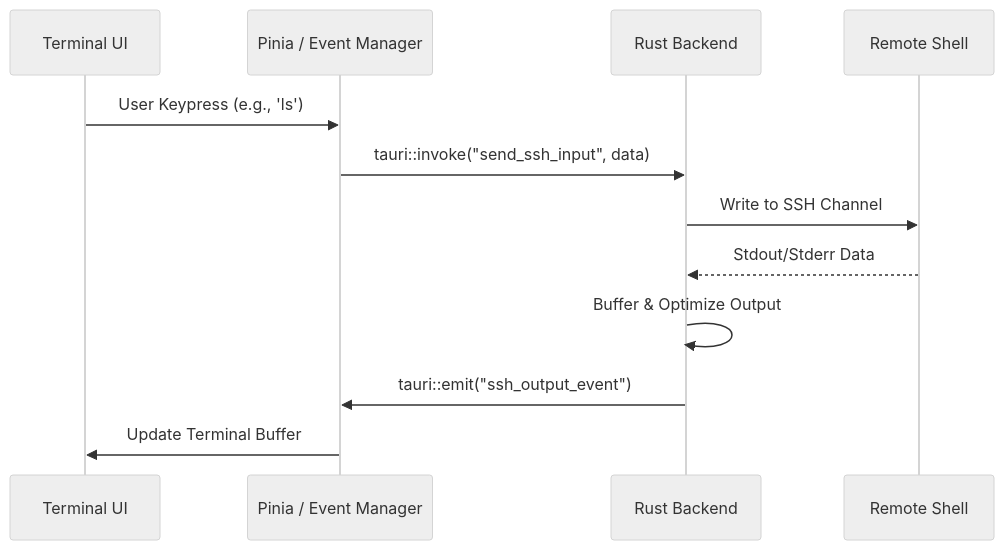
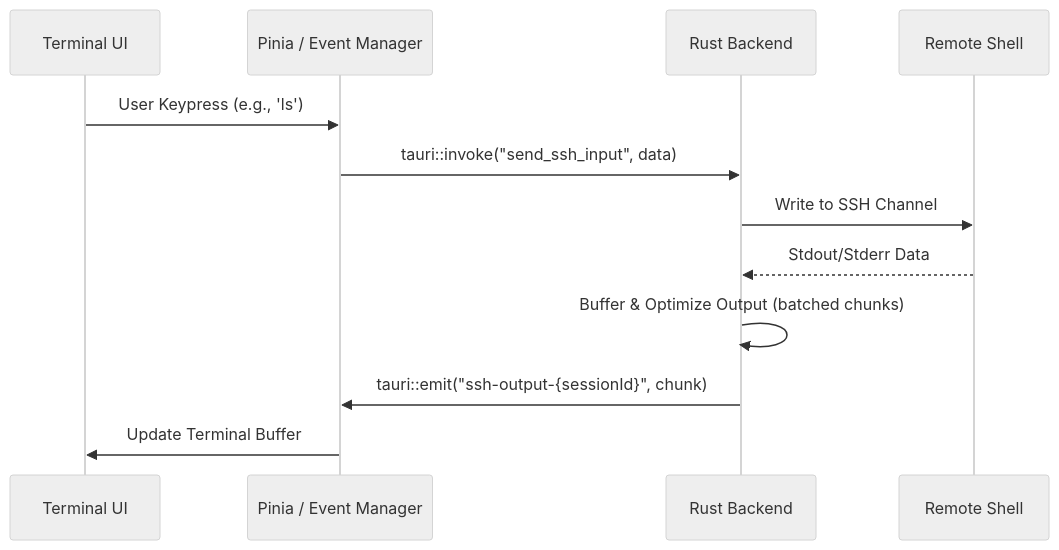
One commit to chengvar-glitch/nexashell changed the third of 3 diagrams in README.md. Above: the diagram before and after it, drawn with Mermaid (neutral theme). The commit also changed other lines of this file and 2 other files, not shown here.

````diff
--- a/README.md
+++ b/README.md
@@ -121,15 +143,15 @@
 ```mermaid
 sequenceDiagram
     participant UI as Terminal UI
     participant PC as Pinia / Event Manager
     participant RB as Rust Backend
     participant RS as Remote Shell
 
     UI->>PC: User Keypress (e.g., 'ls')
     PC->>RB: tauri::invoke("send_ssh_input", data)
     RB->>RS: Write to SSH Channel
     RS-->>RB: Stdout/Stderr Data
-    RB->>RB: Buffer & Optimize Output
-    RB->>PC: tauri::emit("ssh_output_event")
+    RB->>RB: Buffer & Optimize Output (batched chunks)
+    RB->>PC: tauri::emit("ssh-output-{sessionId}", chunk)
     PC->>UI: Update Terminal Buffer
 ```
````
